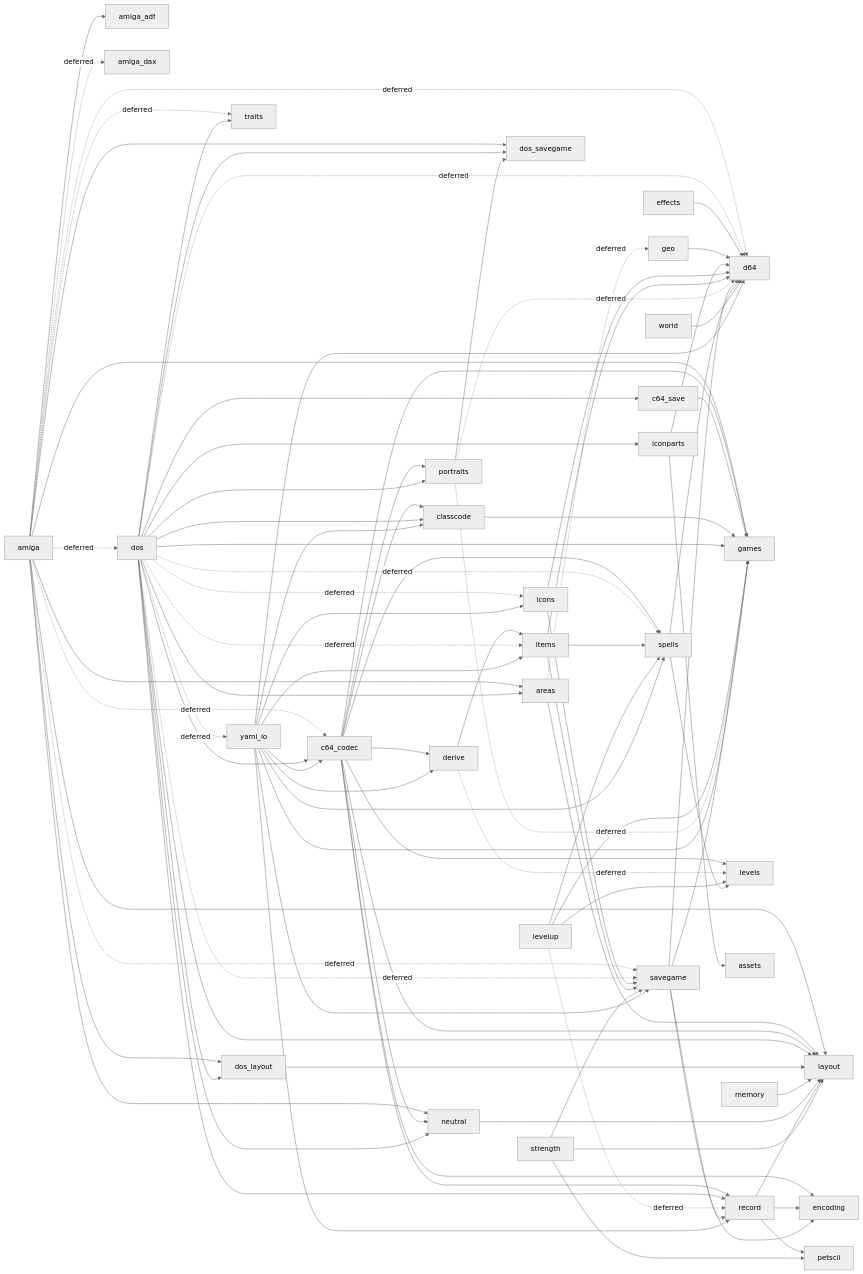
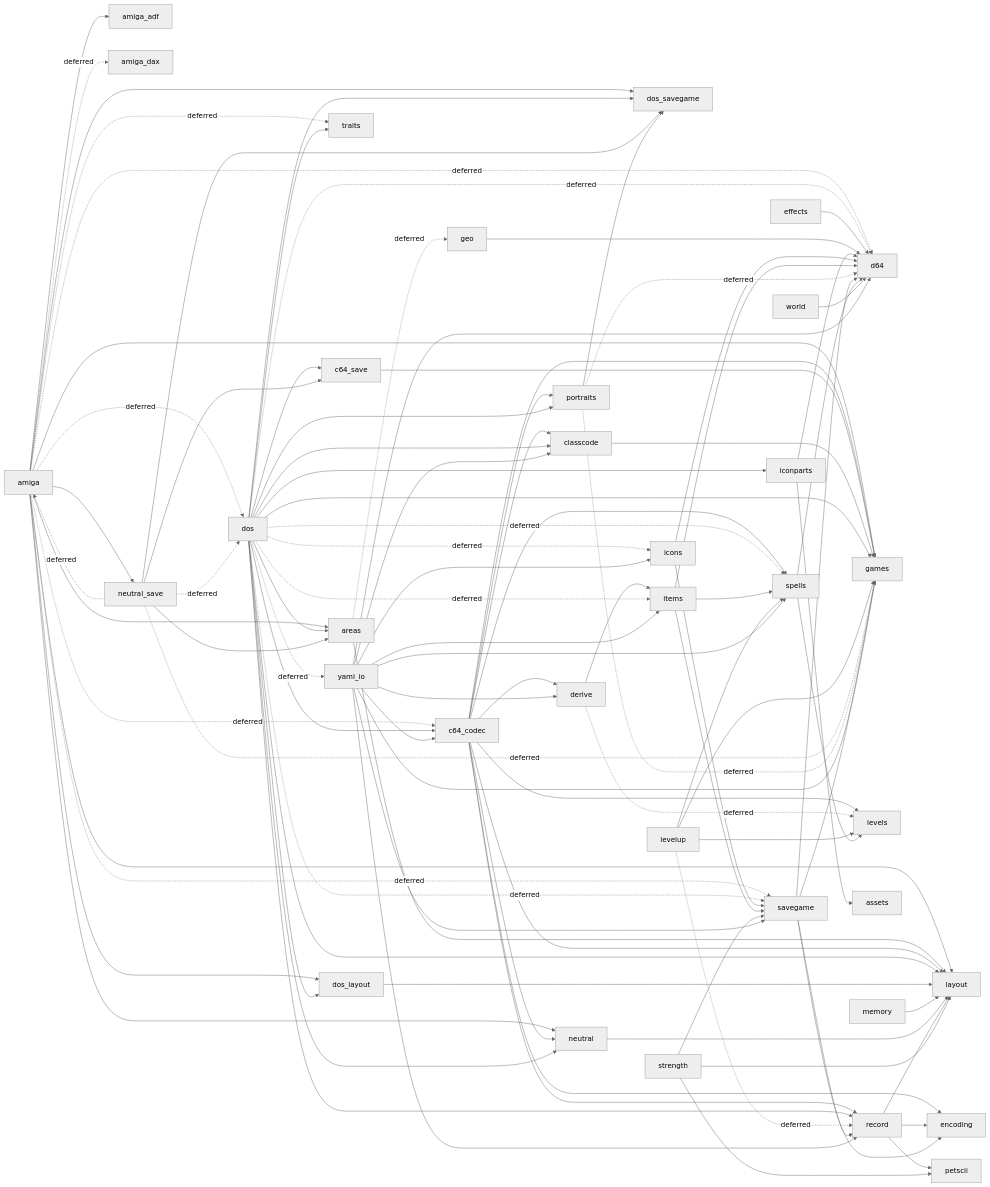
The fourth of 4 diagrams in docs/117-save-conversion.md (malcyon/wish), drawn with Mermaid (neutral theme) before and after one commit. The commit also changed 5 other files, not shown here.

First line of the commit message:
Lift the Amiga's saved-game state into a NeutralSave every port fills, so a party's square and clock stop belonging to one pair of ports (#352)

```diff
--- a/docs/117-save-conversion.md
+++ b/docs/117-save-conversion.md
@@ -1866,6 +1866,7 @@
   amiga --> games
   amiga --> layout
   amiga --> neutral
+  amiga --> neutral_save
   amiga -.->|deferred| savegame
   amiga -.->|deferred| traits
   areas -.->|deferred| geo
@@ -1919,6 +1920,12 @@
   levelup --> spells
   memory --> layout
   neutral --> layout
+  neutral_save -.->|deferred| amiga
+  neutral_save --> areas
+  neutral_save --> c64_save
+  neutral_save -.->|deferred| dos
+  neutral_save --> dos_savegame
+  neutral_save -.->|deferred| games
   portraits -.->|deferred| d64
   portraits --> dos_savegame
   portraits -.->|deferred| games
```
